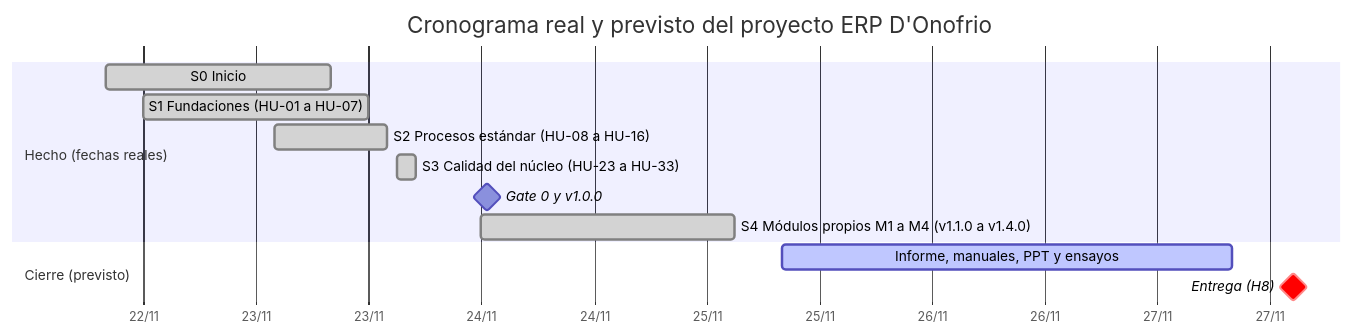
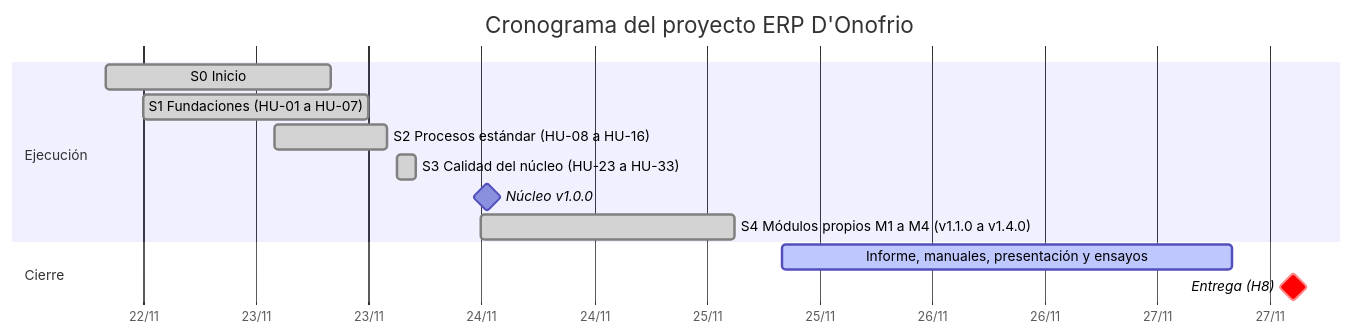
The diagram in docs/informe/04_02_calendarizacion.md (orlando572/erp-donofrio), drawn with Mermaid before and after one commit. The commit also changed other lines of this file and 20 other files, not shown here.

````diff
--- a/docs/informe/04_02_calendarizacion.md
+++ b/docs/informe/04_02_calendarizacion.md
@@ -27,16 +16,16 @@
 ```mermaid
 gantt
-    title Cronograma real y previsto del proyecto ERP D'Onofrio
+    title Cronograma del proyecto ERP D'Onofrio
     dateFormat YYYY-MM-DD HH:mm
     axisFormat %d/%m
-    section Hecho (fechas reales)
+    section Ejecución
     S0 Inicio                      :done, s0, 2026-11-22 08:00, 1d
     S1 Fundaciones (HU-01 a HU-07) :done, s1, 2026-11-22 12:00, 1d
     S2 Procesos estándar (HU-08 a HU-16) :done, s2, 2026-11-23 02:00, 12h
     S3 Calidad del núcleo (HU-23 a HU-33) :done, s3, 2026-11-23 15:00, 2h
-    Gate 0 y v1.0.0                :milestone, g0, 2026-11-24 00:38, 0d
+    Núcleo v1.0.0                  :milestone, g0, 2026-11-24 00:38, 0d
     S4 Módulos propios M1 a M4 (v1.1.0 a v1.4.0) :done, s4, 2026-11-23 23:58, 27h
-    section Cierre (previsto)
-    Informe, manuales, PPT y ensayos :active, cierre, 2026-11-25 08:00, 2d
+    section Cierre
+    Informe, manuales, presentación y ensayos :active, cierre, 2026-11-25 08:00, 2d
     Entrega (H8)                   :crit, milestone, h8, 2026-11-27 14:30, 0d
 ```
````
